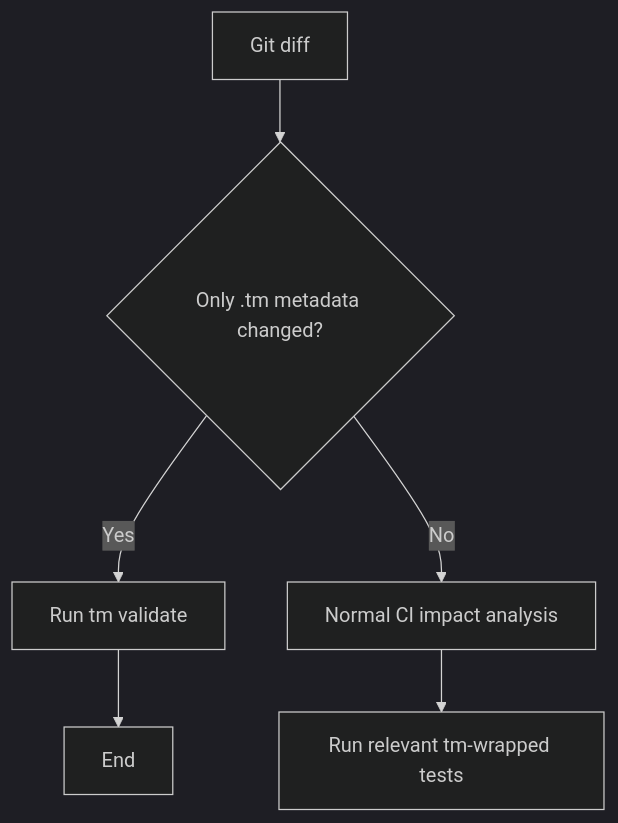
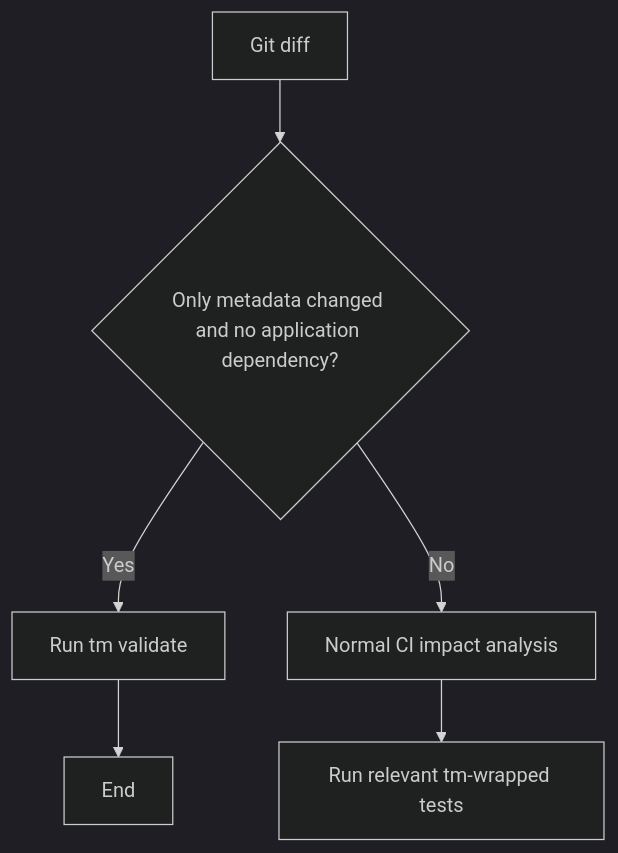
Before and after one commit to jedediahg/testmiser: the fourth of 9 diagrams in docs/spec/tm-test-memoization-technical-specification.md, drawn with Mermaid (dark theme). The commit also changed other lines of this file and 1 other file, not shown here.

````diff
--- a/docs/spec/tm-test-memoization-technical-specification.md
+++ b/docs/spec/tm-test-memoization-technical-specification.md
@@ -761,8 +572,8 @@
 ```mermaid
 flowchart TD
-    A[Git diff] --> B{Only .tm metadata changed?}
+    A[Git diff] --> B{Only metadata changed and no application dependency?}
     B -- Yes --> C[Run tm validate]
     C --> D[End]
     B -- No --> E[Normal CI impact analysis]
     E --> F[Run relevant tm-wrapped tests]
 ```
````
